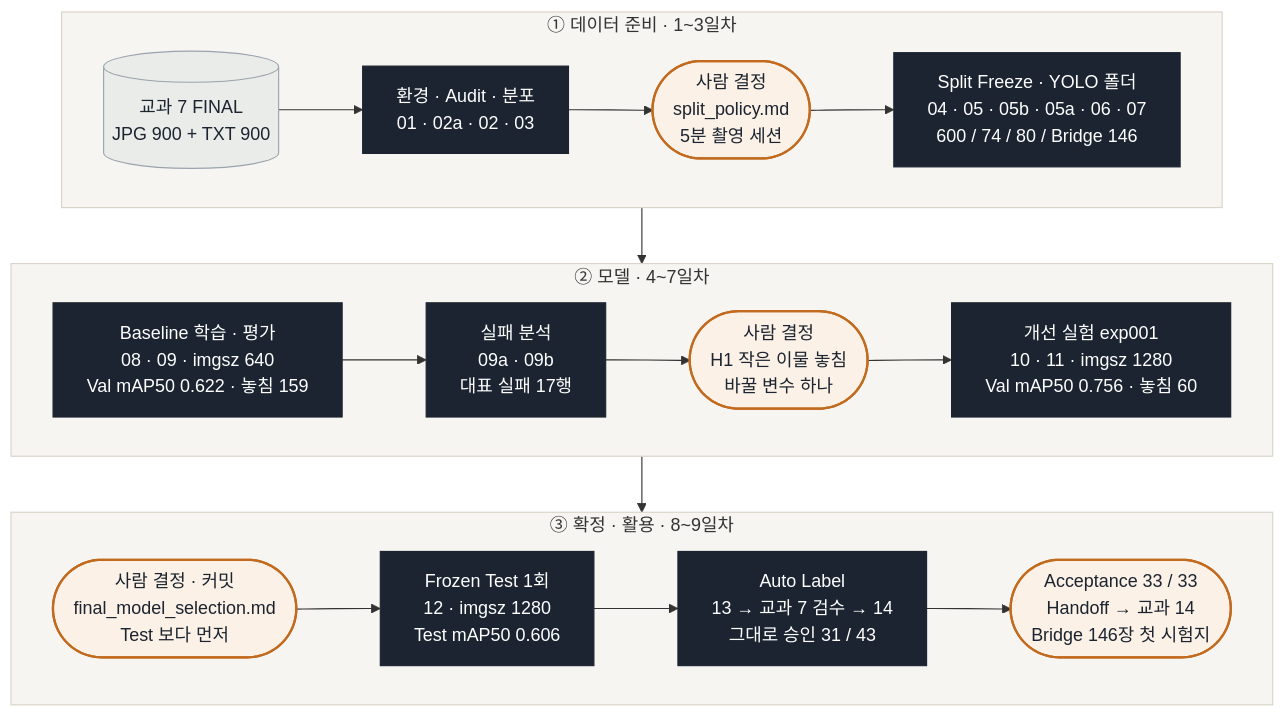
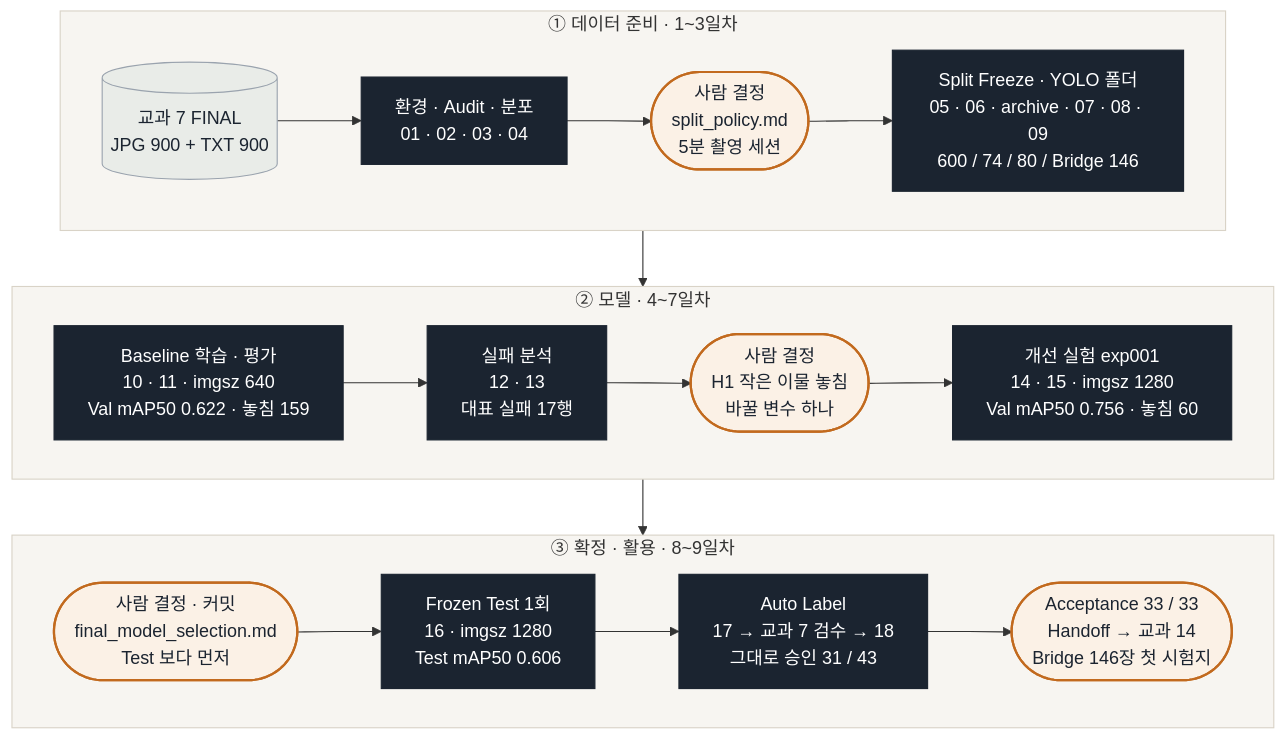
One commit to howolcat/prj2026.10 changed the seventh of 10 diagrams in prj08/docs/code_flow.md. Above: the diagram before and after it, drawn with Mermaid. The commit also changed other lines of this file and 129 other files, not shown here.

````diff
--- a/prj08/docs/code_flow.md
+++ b/prj08/docs/code_flow.md
@@ -190,26 +190,26 @@
 ```mermaid
 flowchart TB
     subgraph R1["① 데이터 준비 · 1~3일차"]
         direction LR
-        IN[("교과 7 FINAL<br/>JPG 900 + TXT 900")] --> A["환경 · Audit · 분포<br/>01 · 02a · 02 · 03"] --> P(["사람 결정<br/>split_policy.md<br/>5분 촬영 세션"]) --> B["Split Freeze · YOLO 폴더<br/>04 · 05 · 05b · 05a · 06 · 07<br/>600 / 74 / 80 / Bridge 146"]
+        IN[("교과 7 FINAL<br/>JPG 900 + TXT 900")] --> A["환경 · Audit · 분포<br/>01 · 02 · 03 · 04"] --> P(["사람 결정<br/>split_policy.md<br/>5분 촬영 세션"]) --> B["Split Freeze · YOLO 폴더<br/>05 · 06 · archive · 07 · 08 · 09<br/>600 / 74 / 80 / Bridge 146"]
     end
     subgraph R2["② 모델 · 4~7일차"]
         direction LR
-        C["Baseline 학습 · 평가<br/>08 · 09 · imgsz 640<br/>Val mAP50 0.622 · 놓침 159"] --> D["실패 분석<br/>09a · 09b<br/>대표 실패 17행"] --> H(["사람 결정<br/>H1 작은 이물 놓침<br/>바꿀 변수 하나"]) --> E["개선 실험 exp001<br/>10 · 11 · imgsz 1280<br/>Val mAP50 0.756 · 놓침 60"]
+        C["Baseline 학습 · 평가<br/>10 · 11 · imgsz 640<br/>Val mAP50 0.622 · 놓침 159"] --> D["실패 분석<br/>12 · 13<br/>대표 실패 17행"] --> H(["사람 결정<br/>H1 작은 이물 놓침<br/>바꿀 변수 하나"]) --> E["개선 실험 exp001<br/>14 · 15 · imgsz 1280<br/>Val mAP50 0.756 · 놓침 60"]
     end
     subgraph R3["③ 확정 · 활용 · 8~9일차"]
         direction LR
-        S(["사람 결정 · 커밋<br/>final_model_selection.md<br/>Test 보다 먼저"]) --> F["Frozen Test 1회<br/>12 · imgsz 1280<br/>Test mAP50 0.606"] --> G["Auto Label<br/>13 → 교과 7 검수 → 14<br/>그대로 승인 31 / 43"] --> K(["Acceptance 33 / 33<br/>Handoff → 교과 14<br/>Bridge 146장 첫 시험지"])
+        S(["사람 결정 · 커밋<br/>final_model_selection.md<br/>Test 보다 먼저"]) --> F["Frozen Test 1회<br/>16 · imgsz 1280<br/>Test mAP50 0.606"] --> G["Auto Label<br/>17 → 교과 7 검수 → 18<br/>그대로 승인 31 / 43"] --> K(["Acceptance 33 / 33<br/>Handoff → 교과 14<br/>Bridge 146장 첫 시험지"])
     end
     R1 --> R2 --> R3
 
     classDef data fill:#E9ECE8,stroke:#9AA3AE,color:#1B2430
     classDef script fill:#1B2430,stroke:#1B2430,color:#FFFFFF
     classDef human fill:#FBF1E6,stroke:#C26A1E,stroke-width:2px,color:#1B2430
     class IN data
     class A,B,C,D,E,F,G script
     class P,H,S,K human
     style R1 fill:#F7F5F1,stroke:#D9D3C7
     style R2 fill:#F7F5F1,stroke:#D9D3C7
     style R3 fill:#F7F5F1,stroke:#D9D3C7
 ```
````
